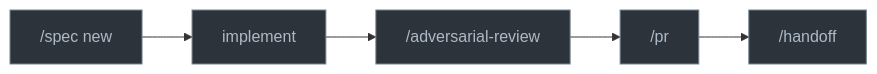
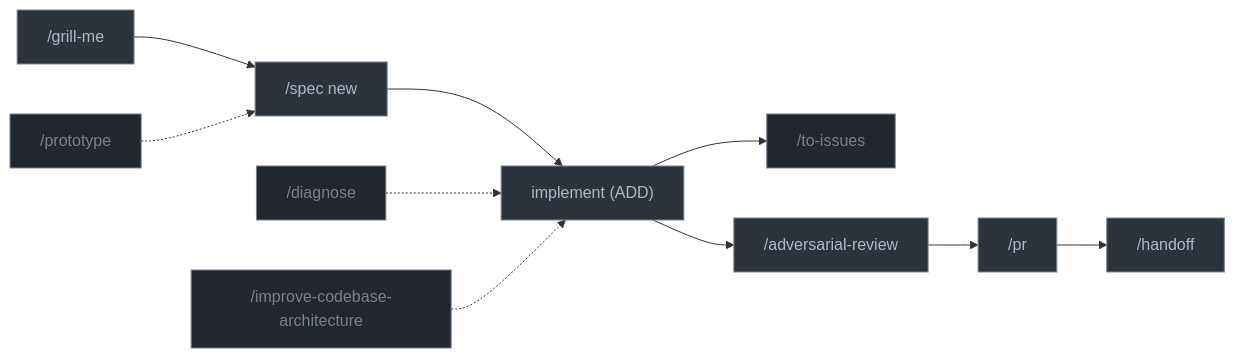
One commit to kpeez/agent-toolbox changed the diagram in README.md. Above: the diagram before and after it, drawn with Mermaid. The commit also changed other lines of this file, not shown here.

````diff
--- a/README.md
+++ b/README.md
@@ -101,13 +112,23 @@
 ```mermaid
 graph LR
-  A["/spec new"] --> B["implement"]
+  G["/grill-me"] --> A["/spec new"]
+  A --> B["implement (ADD)"]
+  B --> I["/to-issues"]
   B --> C["/adversarial-review"]
   C --> D["/pr"]
   D --> E["/handoff"]
+  P["/prototype"] -.-> A
+  X["/diagnose"] -.-> B
+  Y["/improve-codebase-architecture"] -.-> B
 
+style G fill:#2d333b,stroke:#768390,color:#adbac7
 style A fill:#2d333b,stroke:#768390,color:#adbac7
 style B fill:#2d333b,stroke:#768390,color:#adbac7
 style C fill:#2d333b,stroke:#768390,color:#adbac7
 style D fill:#2d333b,stroke:#768390,color:#adbac7
 style E fill:#2d333b,stroke:#768390,color:#adbac7
+style I fill:#22272e,stroke:#768390,color:#768390
+style P fill:#22272e,stroke:#768390,color:#768390
+style X fill:#22272e,stroke:#768390,color:#768390
+style Y fill:#22272e,stroke:#768390,color:#768390
 ```
````
